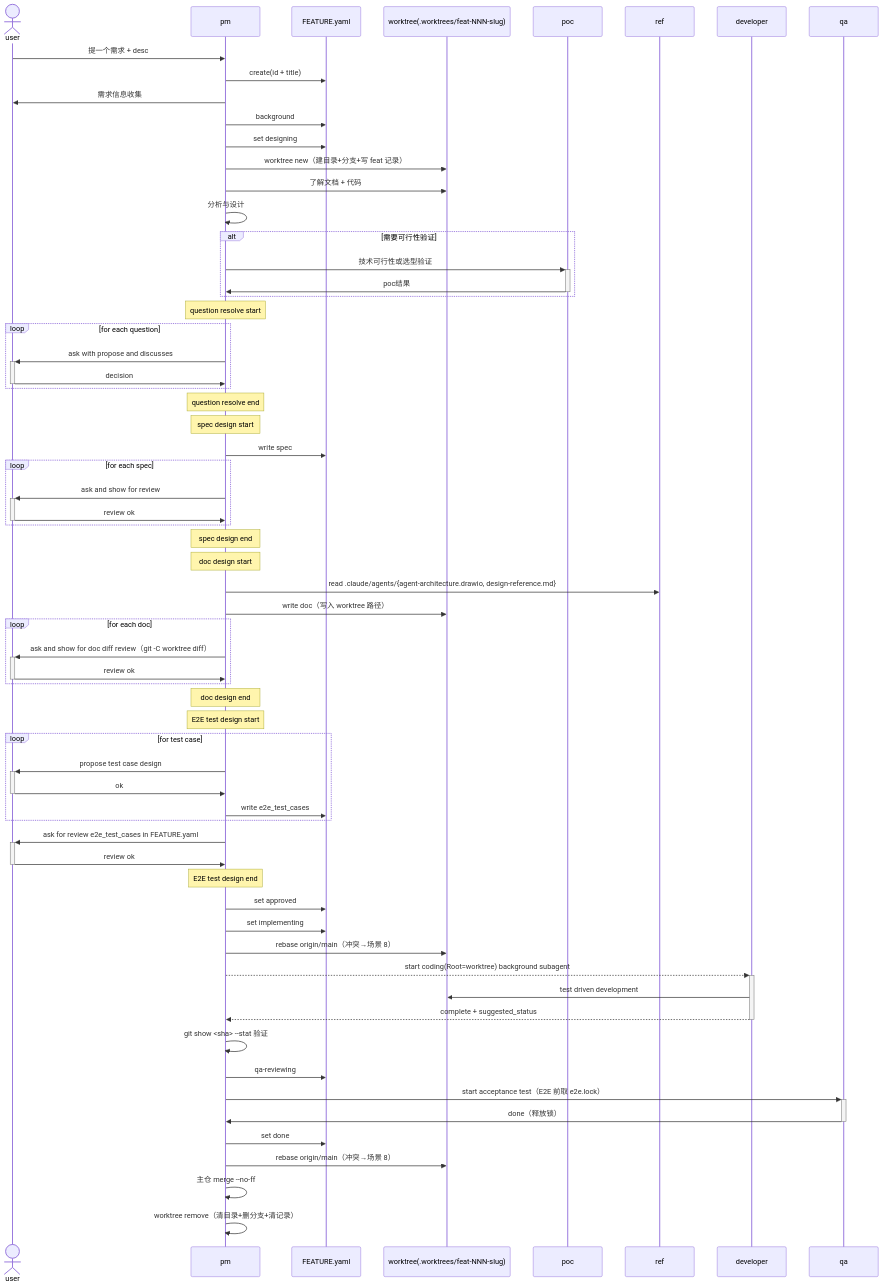
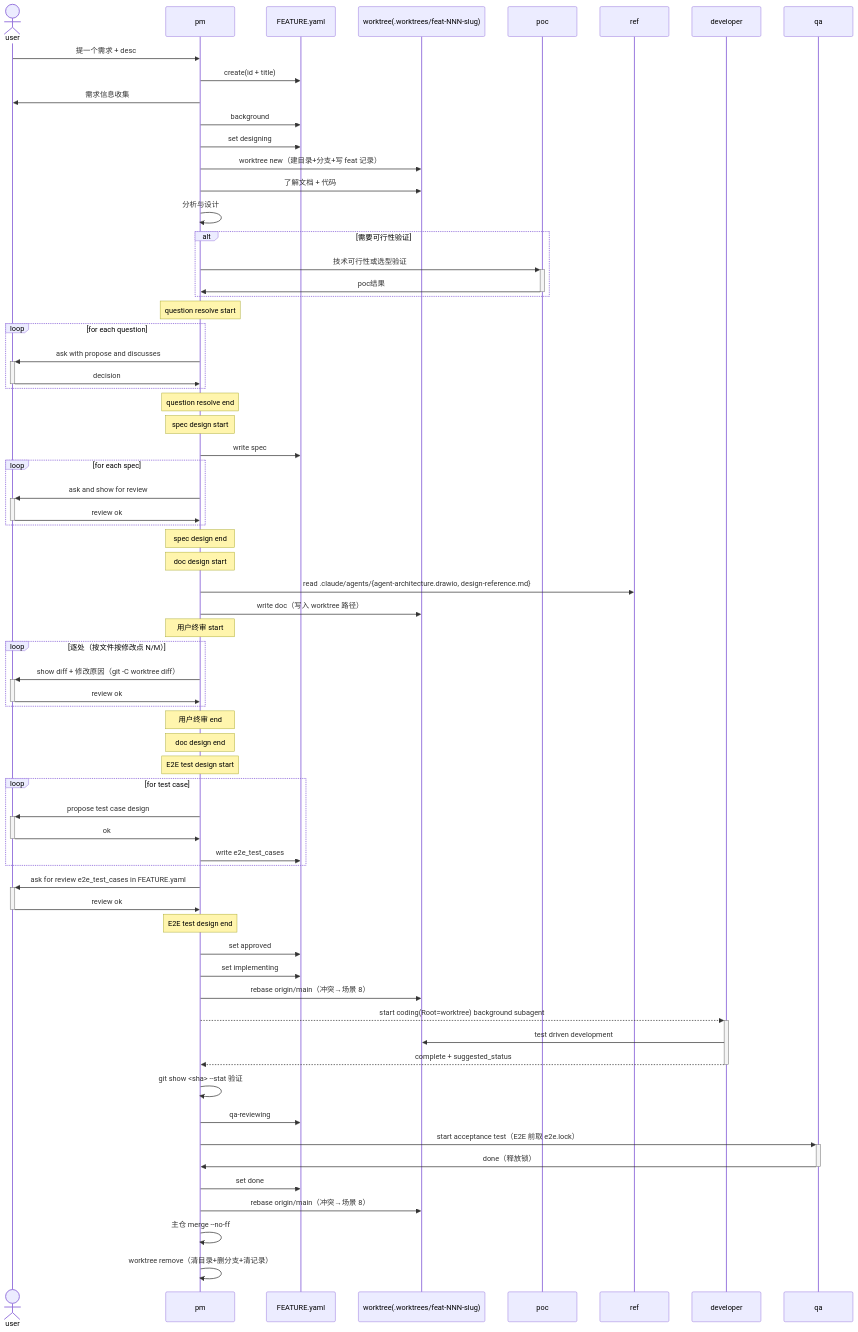
Before and after one commit to JoeyAssistant/skill-repo: the first of 3 diagrams in system-prompt/agent-factory/agent-pm.md, drawn with Mermaid. The commit also changed other lines of this file, not shown here.

First line of the commit message:
refactor(pm-prompt): doc 终审改为逐处 review，移除 PM 自 review

````diff
--- a/system-prompt/agent-factory/agent-pm.md
+++ b/system-prompt/agent-factory/agent-pm.md
@@ -104,73 +102,75 @@
 ```mermaid
 sequenceDiagram
     actor user
     user->>pm: 提一个需求 + desc
     participant feat as FEATURE.yaml
     participant wt as worktree(.worktrees/feat-NNN-slug)
 
     pm->>feat: create(id + title)
     pm->>user: 需求信息收集
     pm->>feat: background
 
     pm->>feat: set designing
     pm->>wt: worktree new（建目录+分支+写 feat 记录）
     pm->>wt: 了解文档 + 代码
     pm->>pm: 分析与设计
     alt 需要可行性验证
         pm->>+poc: 技术可行性或选型验证
         poc->>-pm: poc结果
     end
 
     Note over pm: question resolve start
     loop for each question
         pm->>+user: ask with propose and discusses
         user->>-pm: decision
     end
     Note over pm: question resolve end
 
     Note over pm: spec design start
     pm->>feat: write spec
     loop for each spec
         pm->>+user: ask and show for review
         user->>-pm: review ok
     end
     Note over pm: spec design end
 
     Note over pm: doc design start
     pm->>ref: read .claude/agents/{agent-architecture.drawio, design-reference.md}
     pm->>wt: write doc（写入 worktree 路径）
 
-    loop for each doc
-        pm->>+user: ask and show for doc diff review（git -C worktree diff）
+    Note over pm: 用户终审 start
+    loop 逐处（按文件按修改点 N/M）
+        pm->>+user: show diff + 修改原因（git -C worktree diff）
         user->>-pm: review ok
     end
+    Note over pm: 用户终审 end
     Note over pm: doc design end
 
     Note over pm: E2E test design start
     loop for test case
         pm->>+user: propose test case design
         user->>-pm: ok
         pm->>feat: write e2e_test_cases
     end
     
     pm->>+user: ask for review e2e_test_cases in FEATURE.yaml
     user->>-pm: review ok
     Note over pm: E2E test design end
 
     pm->>feat: set approved
     participant dev as developer
     pm->>feat: set implementing
     pm->>wt: rebase origin/main（冲突→场景 8）
     pm-->>+dev: start coding(Root=worktree) background subagent
     dev->>wt: test driven development
     dev-->>-pm: complete + suggested_status
 
     pm->>pm: git show <sha> --stat 验证
     pm->>feat: qa-reviewing
     pm->>+qa: start acceptance test（E2E 前取 e2e.lock）
     qa->>-pm: done（释放锁）
     pm->>feat: set done
     pm->>wt: rebase origin/main（冲突→场景 8）
     pm->>pm: 主仓 merge --no-ff
     pm->>pm: worktree remove（清目录+删分支+清记录）
 ```
````
